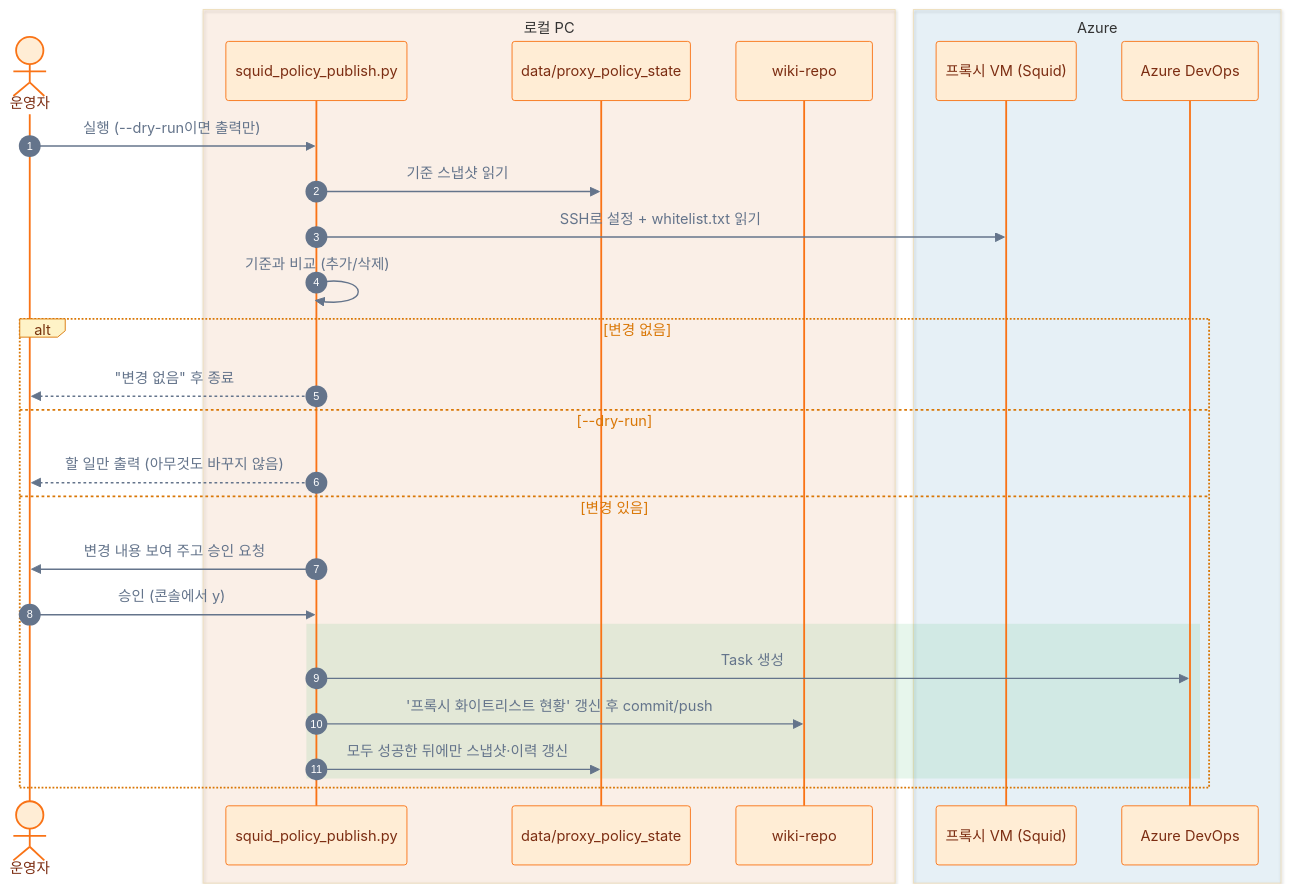
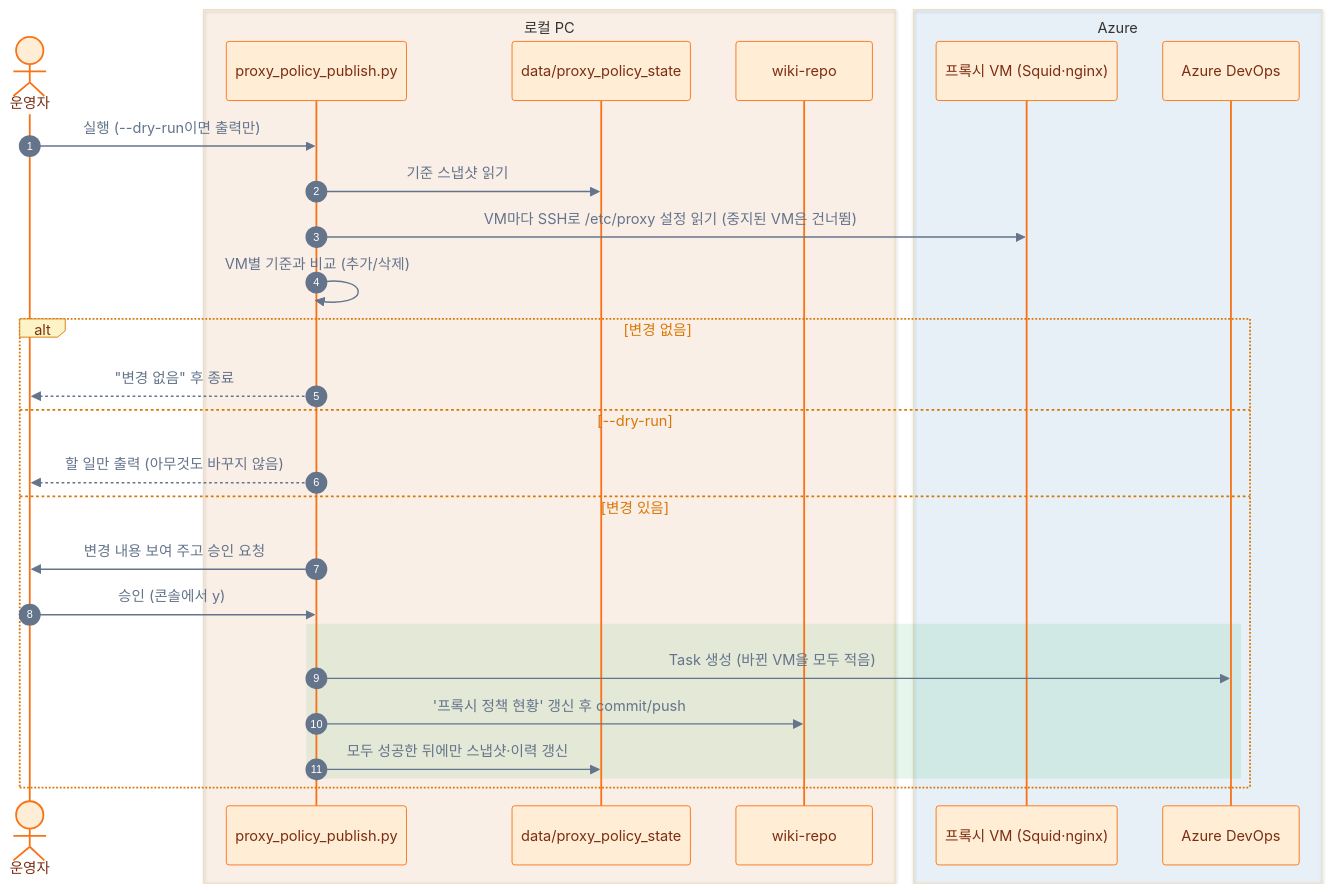
One commit to pcmola/ai-master changed the eighth of 10 diagrams in README.md. Above: the diagram before and after it, drawn with Mermaid. The commit also changed other lines of this file and 6 other files, not shown here.

First line of the commit message:
프록시 정책 변경 반영을 Squid 한 대에서 프록시 VM 전체(Squid·nginx)로 확장

````diff
--- a/README.md
+++ b/README.md
@@ -651,33 +651,33 @@
 ```mermaid
 %%{init: {"theme": "base", "themeVariables": {"actorBkg": "#FFEDD5", "actorBorder": "#F97316", "actorTextColor": "#7C2D12", "actorLineColor": "#F97316", "signalColor": "#64748B", "signalTextColor": "#64748B", "labelBoxBkgColor": "#FEF3C7", "labelBoxBorderColor": "#D97706", "labelTextColor": "#78350F", "loopTextColor": "#D97706", "sequenceNumberColor": "#FFFFFF", "noteBkgColor": "#FEF9C3"}}}%%
 sequenceDiagram
     autonumber
     actor 운영자
     box rgba(249, 115, 22, 0.08) 로컬 PC
-        participant P as squid_policy_publish.py
+        participant P as proxy_policy_publish.py
         participant S as data/proxy_policy_state
         participant W as wiki-repo
     end
     box rgba(2, 132, 199, 0.08) Azure
-        participant VM as 프록시 VM (Squid)
+        participant VM as 프록시 VM (Squid·nginx)
         participant D as Azure DevOps
     end
 
     운영자->>P: 실행 (--dry-run이면 출력만)
     P->>S: 기준 스냅샷 읽기
-    P->>VM: SSH로 설정 + whitelist.txt 읽기
-    P->>P: 기준과 비교 (추가/삭제)
+    P->>VM: VM마다 SSH로 /etc/proxy 설정 읽기 (중지된 VM은 건너뜀)
+    P->>P: VM별 기준과 비교 (추가/삭제)
     alt 변경 없음
         P-->>운영자: "변경 없음" 후 종료
     else --dry-run
         P-->>운영자: 할 일만 출력 (아무것도 바꾸지 않음)
     else 변경 있음
         P->>운영자: 변경 내용 보여 주고 승인 요청
         운영자->>P: 승인 (콘솔에서 y)
         rect rgba(22, 163, 74, 0.1)
-            P->>D: Task 생성
-            P->>W: '프록시 화이트리스트 현황' 갱신 후 commit/push
+            P->>D: Task 생성 (바뀐 VM을 모두 적음)
+            P->>W: '프록시 정책 현황' 갱신 후 commit/push
             P->>S: 모두 성공한 뒤에만 스냅샷·이력 갱신
         end
     end
 ```
````
